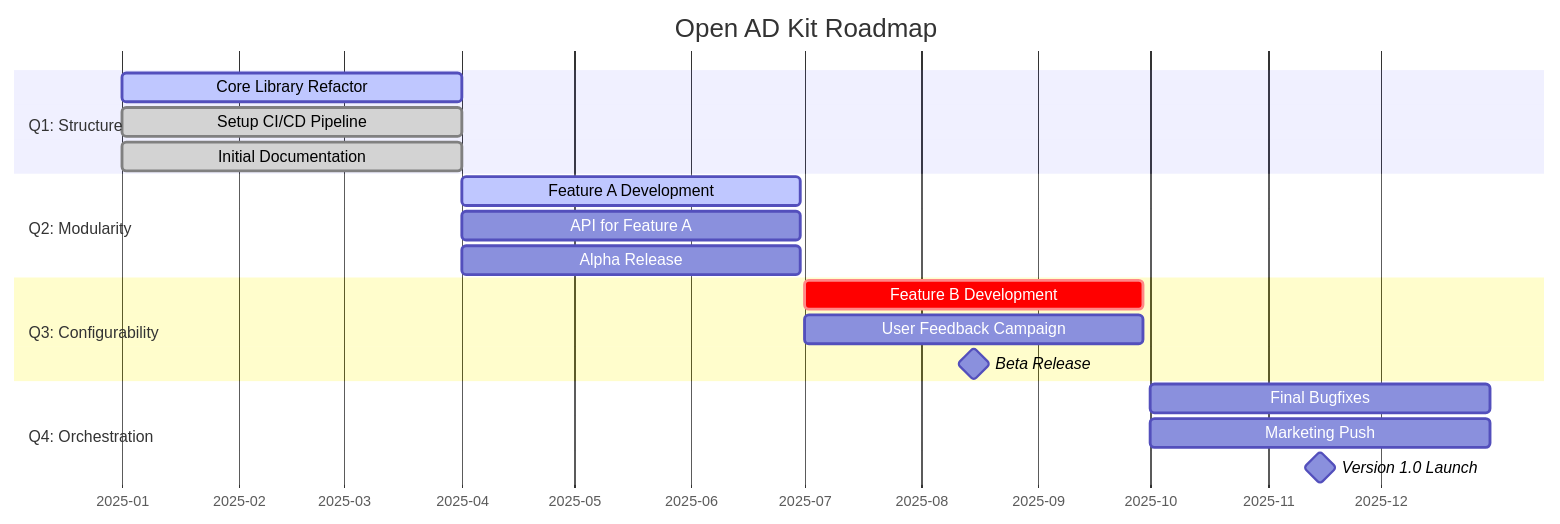
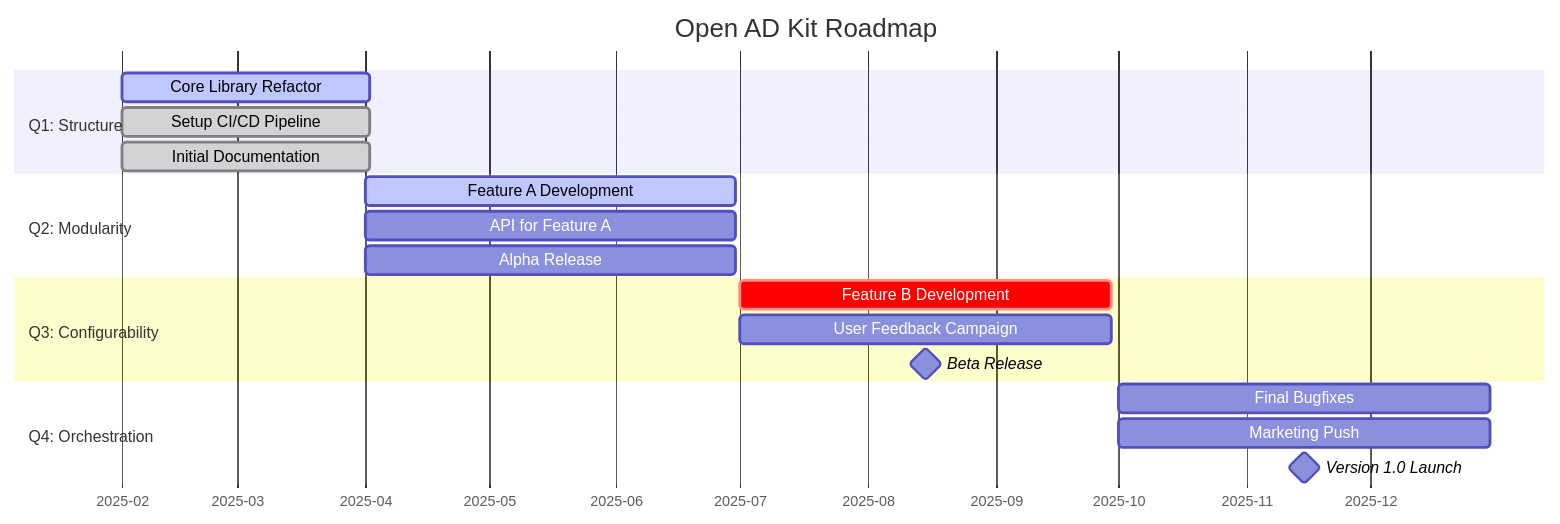
Before and after one commit to autowarefoundation/openadkit: the diagram in README.md, drawn with Mermaid.

````diff
--- a/README.md
+++ b/README.md
@@ -65,26 +65,26 @@
 ```mermaid
 gantt
     title Open AD Kit Roadmap
     dateFormat  YYYY-MM-DD
     axisFormat %Y-%m
 
     section Q1: Structure
-    Core Library Refactor  :active, done, 2025-01-01, 90d
-    Setup CI/CD Pipeline :done, 2025-01-01, 90d
-    Initial Documentation  :done, 2025-01-01, 90d
+    Core Library Refactor  :active, done, 2025-02-01, 60d
+    Setup CI/CD Pipeline :done, 2025-02-01, 60d
+    Initial Documentation  :done, 2025-02-01, 60d
 
     section Q2: Modularity
     Feature A Development  :active, 2025-04-01, 90d
     API for Feature A    :2025-04-01, 90d
     Alpha Release        :2025-04-01, 90d
 
     section Q3: Configurability
     Feature B Development  :crit, 2025-07-01, 90d
     User Feedback Campaign :2025-07-01, 90d
     Beta Release         :milestone, 2025-07-01, 90d
 
     section Q4: Orchestration
     Final Bugfixes       :2025-10-01, 90d
     Marketing Push       :2025-10-01, 90d
     Version 1.0 Launch   :milestone, 2025-10-01, 90d
 ```
````
